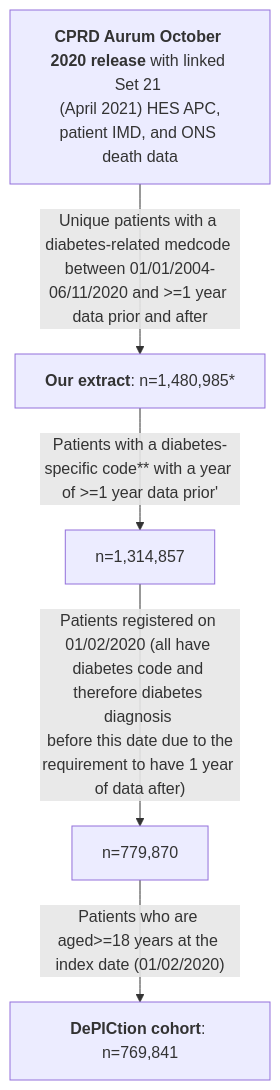
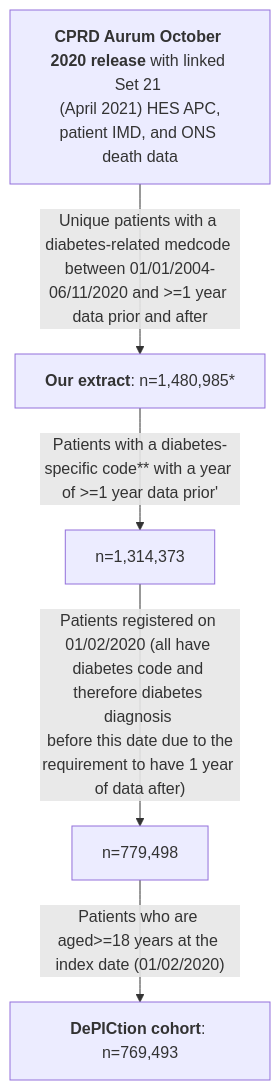
One commit to Exeter-Diabetes/CPRD-Katie-DePICtion-Scripts changed the first of 2 diagrams in README.md. Above: the diagram before and after it, drawn with Mermaid.

````diff
--- a/README.md
+++ b/README.md
@@ -9,7 +9,7 @@
 ```mermaid
 graph TD;
     A["<b>CPRD Aurum October 2020 release</b> with linked Set 21 <br> (April 2021) HES APC, patient IMD, and ONS death data"] --> |"Unique patients with a diabetes-related medcode between 01/01/2004-06/11/2020 and >=1 year data prior and after"| B["<b>Our extract</b>: n=1,480,985*"]
-    B -->|"Patients with a diabetes-specific code** with a year of >=1 year data prior'"|C["n=1,314,857"]
-    C -->|"Patients registered on 01/02/2020 (all have diabetes code and therefore diabetes diagnosis <br> before this date due to the requirement to have 1 year of data after)"|D["n=779,870"]
-    D -->|"Patients who are aged>=18 years at the index date (01/02/2020)"|E["<b>DePICtion cohort</b>: n=769,841"]
+    B -->|"Patients with a diabetes-specific code** with a year of >=1 year data prior'"|C["n=1,314,373"]
+    C -->|"Patients registered on 01/02/2020 (all have diabetes code and therefore diabetes diagnosis <br> before this date due to the requirement to have 1 year of data after)"|D["n=779,498"]
+    D -->|"Patients who are aged>=18 years at the index date (01/02/2020)"|E["<b>DePICtion cohort</b>: n=769,493"]
 ```
````
